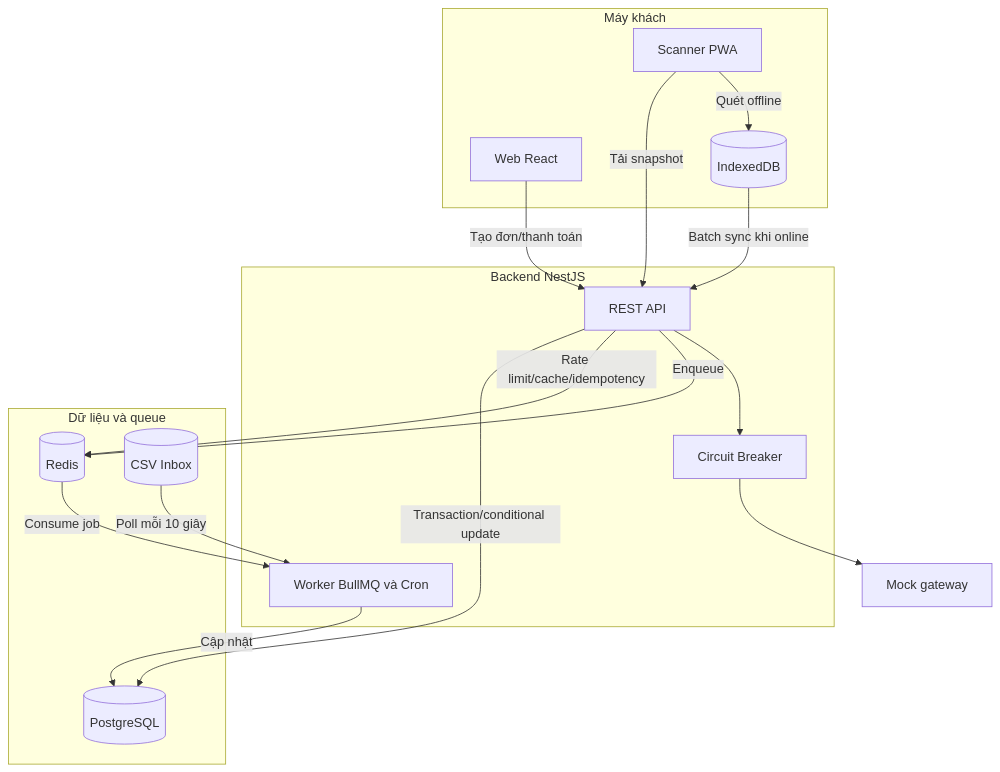
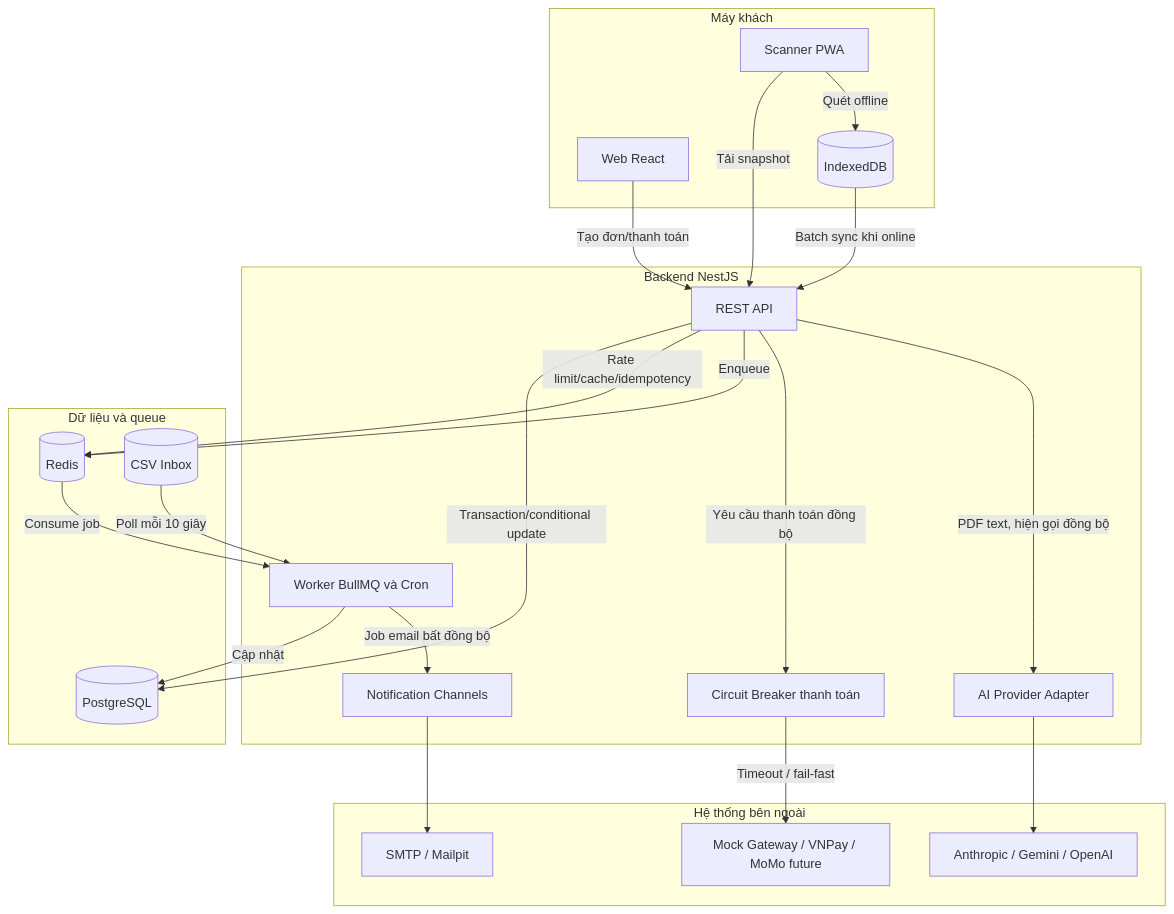
One commit to d1nhnguyen/ticketbox changed the third of 5 diagrams in blueprint/design.md. Above: the diagram before and after it, drawn with Mermaid. The commit also changed other lines of this file and 6 other files, not shown here.

````diff
--- a/blueprint/design.md
+++ b/blueprint/design.md
@@ -81,30 +129,41 @@
 ```mermaid
 flowchart TD
   subgraph Client[Máy khách]
     WEB[Web React]
     PWA[Scanner PWA]
     IDB[(IndexedDB)]
   end
   subgraph Backend[Backend NestJS]
     API[REST API]
-    CB[Circuit Breaker]
+    CBP[Circuit Breaker thanh toán]
+    AIA[AI Provider Adapter]
+    NCH[Notification Channels]
     WK[Worker BullMQ và Cron]
   end
   subgraph Data[Dữ liệu và queue]
     PG[(PostgreSQL)]
     RD[(Redis)]
     CSV[(CSV Inbox)]
+  end
+
+  subgraph External[Hệ thống bên ngoài]
+    PAY[Mock Gateway / VNPay / MoMo future]
+    AI[Anthropic / Gemini / OpenAI]
+    SMTP[SMTP / Mailpit]
   end
 
   WEB -->|Tạo đơn/thanh toán| API
   PWA -->|Tải snapshot| API
   PWA -->|Quét offline| IDB
   IDB -->|Batch sync khi online| API
   API -->|Transaction/conditional update| PG
   API -->|Rate limit/cache/idempotency| RD
   API -->|Enqueue| RD
   RD -->|Consume job| WK
   WK -->|Cập nhật| PG
   CSV -->|Poll mỗi 10 giây| WK
-  API --> CB --> MOCK[Mock gateway]
+  API -->|Yêu cầu thanh toán đồng bộ| CBP
+  CBP -->|Timeout / fail-fast| PAY
+  API -->|PDF text, hiện gọi đồng bộ| AIA --> AI
+  WK -->|Job email bất đồng bộ| NCH --> SMTP
 ```
````
